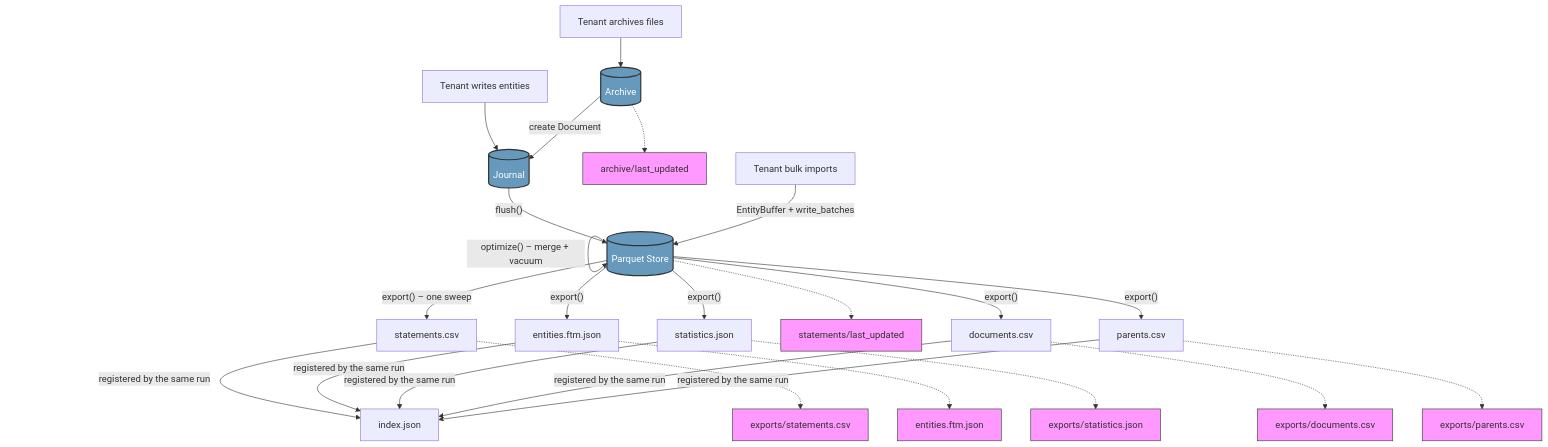
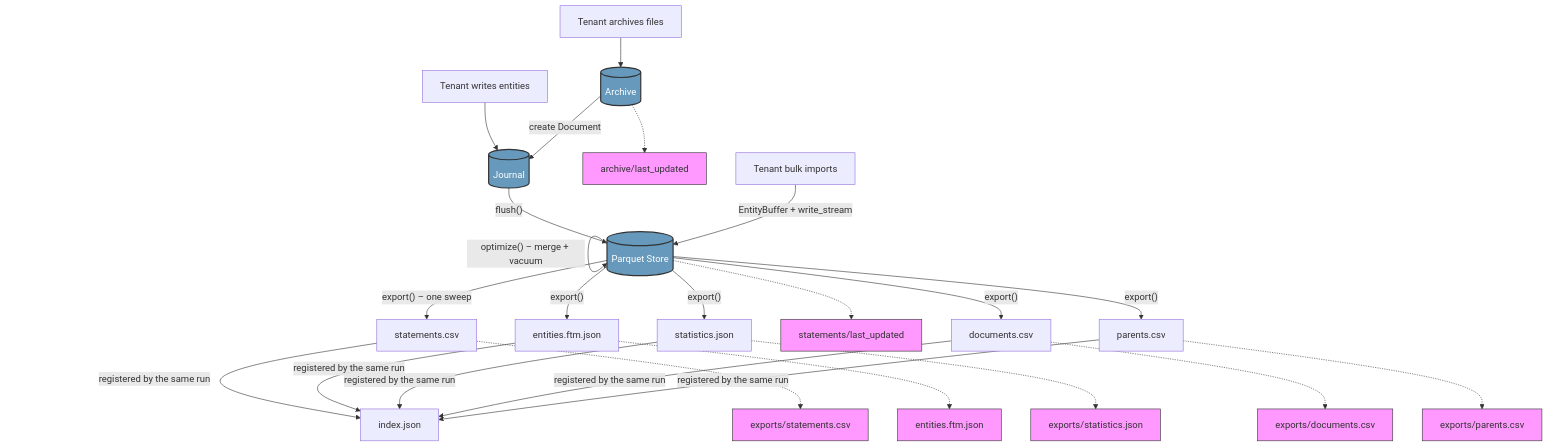
One commit to openaleph/ftm-lakehouse changed the second of 2 diagrams in docs/architecture.md. Above: the diagram before and after it, drawn with Mermaid. The commit also changed 14 other files, not shown here.

Commit message:
feat(cli): use write_stream in cli bulk imports

````diff
--- a/docs/architecture.md
+++ b/docs/architecture.md
@@ -245,31 +245,31 @@
 ```mermaid
 flowchart TD
     A[Tenant writes entities] --> B[(Journal)]
     A2[Tenant archives files] --> AR[(Archive)]
     AR -.-> T0[archive/last_updated]
     AR --> |"create Document"| B
 
     B --> |"flush()"| C[(Parquet Store)]
-    A3[Tenant bulk imports] --> |"EntityBuffer + write_batches"| C
+    A3[Tenant bulk imports] --> |"EntityBuffer + write_stream"| C
 
     C --> |"optimize() – merge + vacuum"| C
 
     C --> |"export() – one sweep"| D[statements.csv]
     C --> |"export()"| E[entities.ftm.json]
     C --> |"export()"| F[statistics.json]
     C --> |"export()"| H[documents.csv]
     C --> |"export()"| P[parents.csv]
     D & E & F & H & P --> |"registered by the same run"| G[index.json]
 
     C -.-> T2[statements/last_updated]
     D -.-> T3[exports/statements.csv]
     E -.-> T4[entities.ftm.json]
     F -.-> T5[exports/statistics.json]
     H -.-> T6[exports/documents.csv]
     P -.-> T7[exports/parents.csv]
 
     classDef tag fill:#f9f,stroke:#333,stroke-width:1px
     classDef storage fill:#69b,stroke:#333,stroke-width:2px,color:#fff
     class T0,T2,T3,T4,T5,T6,T7 tag
     class B,C,AR storage
 ```
````
